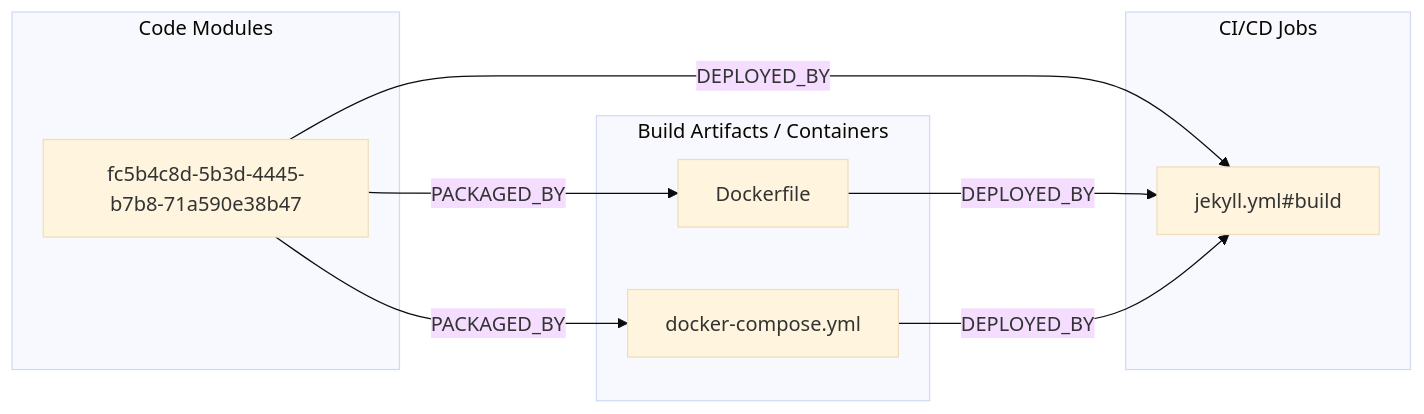
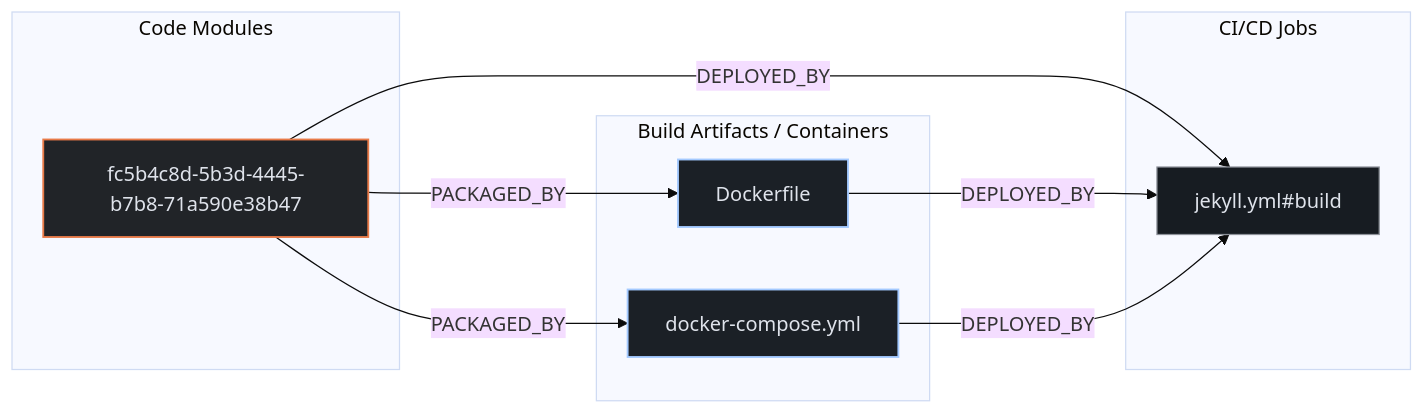
The second of 3 diagrams in exports/latest/reports/plausible-website-report.md (kumarshaz/atruss-code-atlas), drawn with Mermaid (base theme) before and after one commit. The commit also changed other lines of this file and 331 other files, not shown here.

Commit message:
docs,ui,fix: update SDLC docs, reorder CI/CD DAG first, stylize Mermaid, and fix Arc42 pipeline topology

````diff
--- a/exports/latest/reports/plausible-website-report.md
+++ b/exports/latest/reports/plausible-website-report.md
@@ -103,18 +110,22 @@
 ```mermaid
 flowchart LR
+    classDef atlasCategory fill:#212428,stroke:#E87A48,stroke-width:1.5px,color:#dfe3eb
+    classDef atlasWorkflow fill:#1b2026,stroke:#a3c9ff,stroke-width:1.5px,color:#dfe3eb
+    classDef atlasJob fill:#171c22,stroke:#8d9199,stroke-width:1px,color:#dfe3eb
+    classDef atlasTarget fill:#005227,stroke:#8bd99b,stroke-width:1.5px,color:#a7f6b6
     subgraph code_modules["Code Modules"]
-        mod_fc5b4c8d_5b3d_4445_b7b8_71a590e38b47["fc5b4c8d-5b3d-4445-b7b8-71a590e38b47"]
+        mod_fc5b4c8d_5b3d_4445_b7b8_71a590e38b47["fc5b4c8d-5b3d-4445-b7b8-71a590e38b47"]:::atlasCategory
     end
     subgraph build_artifacts["Build Artifacts / Containers"]
-        art_Dockerfile["Dockerfile"]
-        art_docker_compose_yml["docker-compose.yml"]
+        art_Dockerfile["Dockerfile"]:::atlasWorkflow
+        art_docker_compose_yml["docker-compose.yml"]:::atlasWorkflow
     end
     subgraph ci_jobs["CI/CD Jobs"]
-        job_jekyll_yml_build["jekyll.yml#build"]
+        job_jekyll_yml_build["jekyll.yml#build"]:::atlasJob
     end
     mod_fc5b4c8d_5b3d_4445_b7b8_71a590e38b47 -->|DEPLOYED_BY| job_jekyll_yml_build
     mod_fc5b4c8d_5b3d_4445_b7b8_71a590e38b47 -->|PACKAGED_BY| art_Dockerfile
     mod_fc5b4c8d_5b3d_4445_b7b8_71a590e38b47 -->|PACKAGED_BY| art_docker_compose_yml
     art_Dockerfile -->|DEPLOYED_BY| job_jekyll_yml_build
     art_docker_compose_yml -->|DEPLOYED_BY| job_jekyll_yml_build
 ```
````
